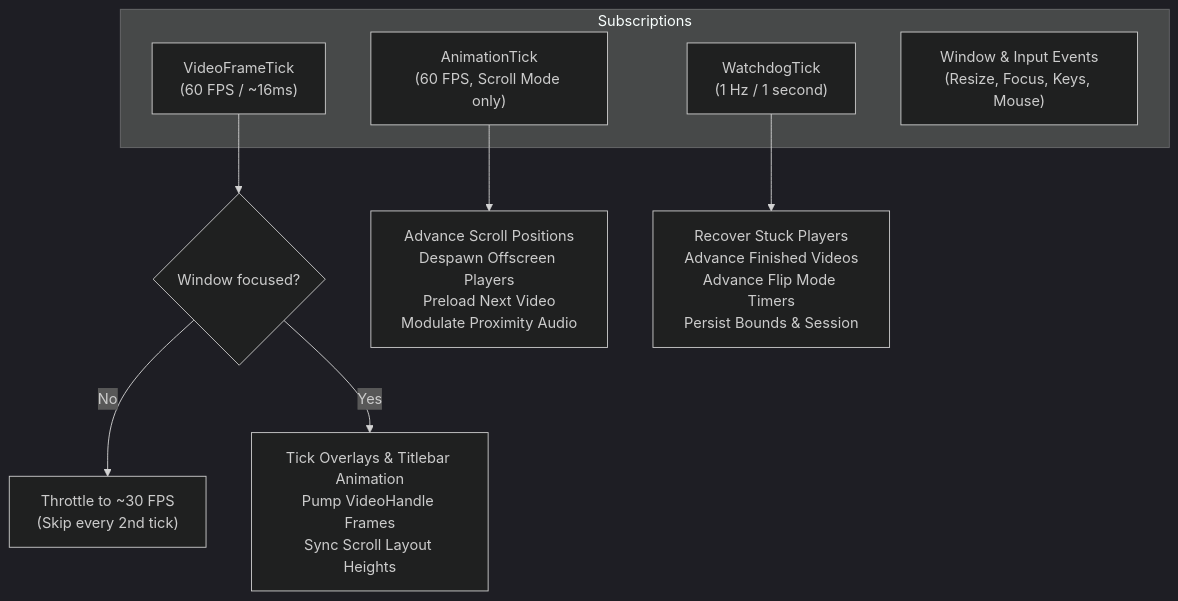
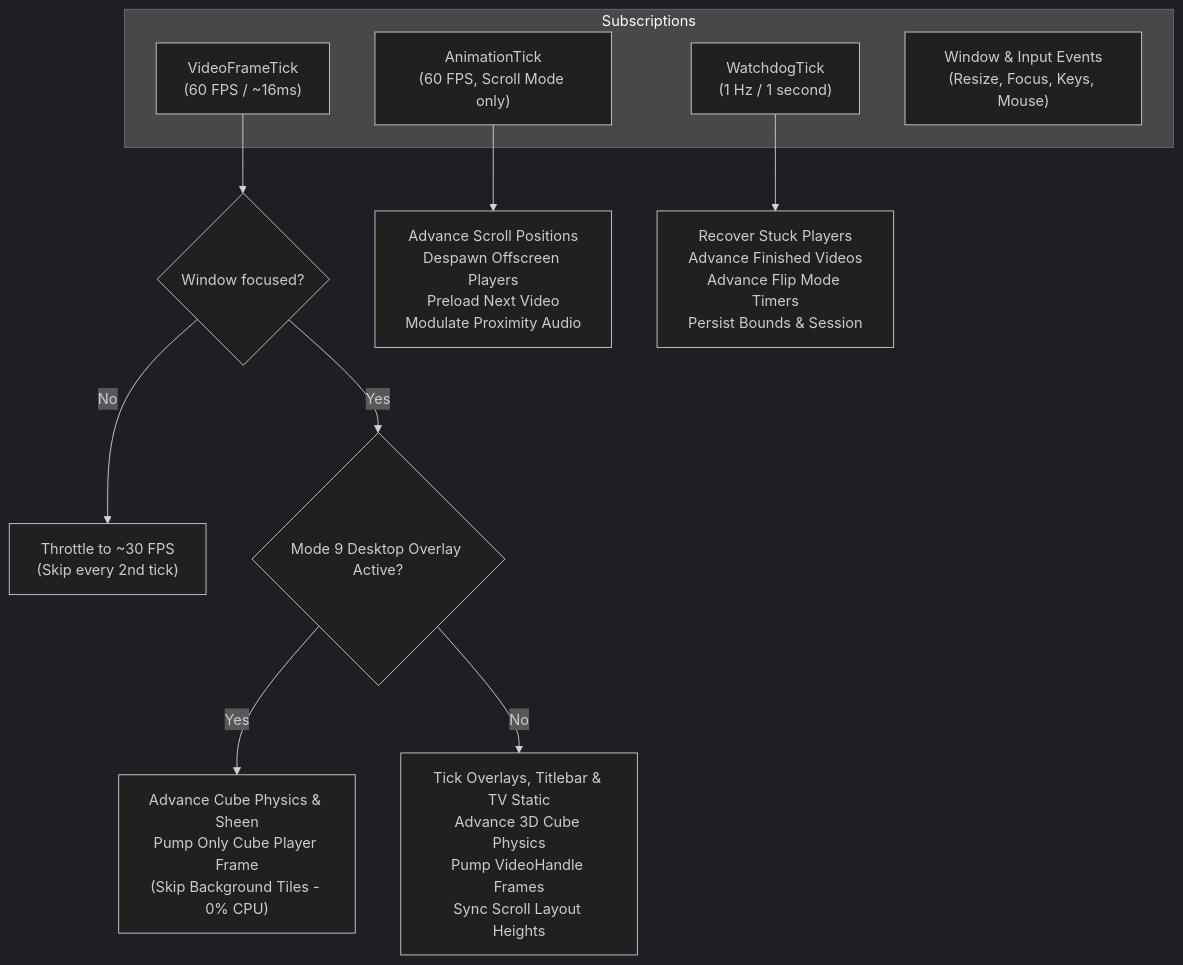
One commit to alkali-softworks/wazoo changed the second of 2 diagrams in docs/wazoo-app.md. Above: the diagram before and after it, drawn with Mermaid (dark theme). The commit also changed other lines of this file and 1 other file, not shown here.

Commit message:
docs: update wazoo-app and wazoo-media architecture documentation

````diff
--- a/docs/wazoo-app.md
+++ b/docs/wazoo-app.md
@@ -82,17 +86,19 @@
 ```mermaid
 graph TD
     subgraph Subscriptions
         VFT["VideoFrameTick<br/>(60 FPS / ~16ms)"]
         AT["AnimationTick<br/>(60 FPS, Scroll Mode only)"]
         WT["WatchdogTick<br/>(1 Hz / 1 second)"]
         WinEvents["Window & Input Events<br/>(Resize, Focus, Keys, Mouse)"]
     end
 
     VFT --> Throttle{"Window focused?"}
     Throttle -->|No| HalfRate["Throttle to ~30 FPS<br/>(Skip every 2nd tick)"]
-    Throttle -->|Yes| Ticks["Tick Overlays & Titlebar Animation<br/>Pump VideoHandle Frames<br/>Sync Scroll Layout Heights"]
+    Throttle -->|Yes| Mode9Check{"Mode 9 Desktop Overlay Active?"}
+    Mode9Check -->|Yes| OverlayMode["Advance Cube Physics & Sheen<br/>Pump Only Cube Player Frame<br/>(Skip Background Tiles - 0% CPU)"]
+    Mode9Check -->|No| NormalTicks["Tick Overlays, Titlebar & TV Static<br/>Advance 3D Cube Physics<br/>Pump VideoHandle Frames<br/>Sync Scroll Layout Heights"]
 
     AT --> ScrollPhysics["Advance Scroll Positions<br/>Despawn Offscreen Players<br/>Preload Next Video<br/>Modulate Proximity Audio"]
 
     WT --> Watchdog["Recover Stuck Players<br/>Advance Finished Videos<br/>Advance Flip Mode Timers<br/>Persist Bounds & Session"]
 ```
````
